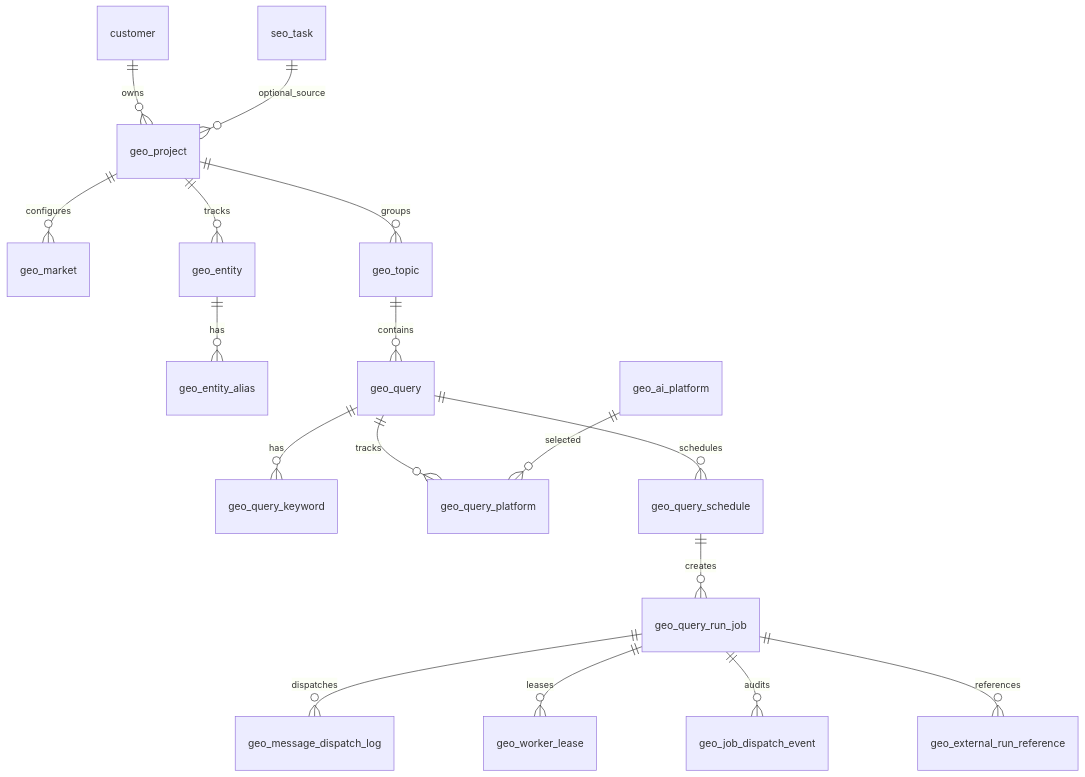
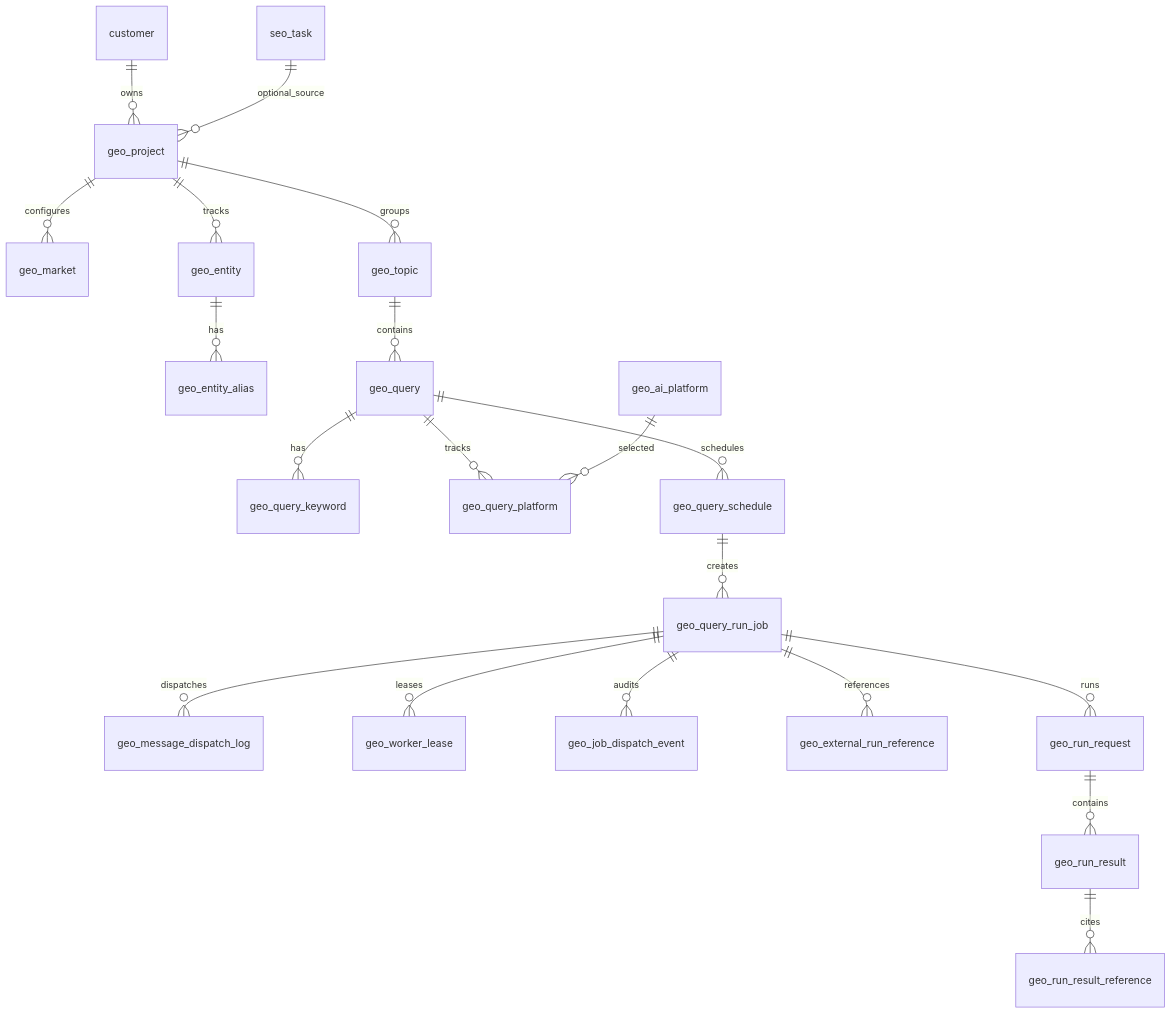
The diagram in docs/database/geo-analysis-schema.md (woola168/seo), drawn with Mermaid before and after one commit. The commit also changed other lines of this file and 53 other files, not shown here.

````diff
--- a/docs/database/geo-analysis-schema.md
+++ b/docs/database/geo-analysis-schema.md
@@ -73,21 +74,24 @@
 ```mermaid
 erDiagram
     customer ||--o{ geo_project : owns
     seo_task ||--o{ geo_project : optional_source
 
     geo_project ||--o{ geo_market : configures
     geo_project ||--o{ geo_entity : tracks
     geo_entity ||--o{ geo_entity_alias : has
     geo_project ||--o{ geo_topic : groups
     geo_topic ||--o{ geo_query : contains
     geo_query ||--o{ geo_query_keyword : has
     geo_query ||--o{ geo_query_platform : tracks
     geo_ai_platform ||--o{ geo_query_platform : selected
     geo_query ||--o{ geo_query_schedule : schedules
 
     geo_query_schedule ||--o{ geo_query_run_job : creates
     geo_query_run_job ||--o{ geo_message_dispatch_log : dispatches
     geo_query_run_job ||--o{ geo_worker_lease : leases
     geo_query_run_job ||--o{ geo_job_dispatch_event : audits
     geo_query_run_job ||--o{ geo_external_run_reference : references
+    geo_query_run_job ||--o{ geo_run_request : runs
+    geo_run_request ||--o{ geo_run_result : contains
+    geo_run_result ||--o{ geo_run_result_reference : cites
 ```
````
